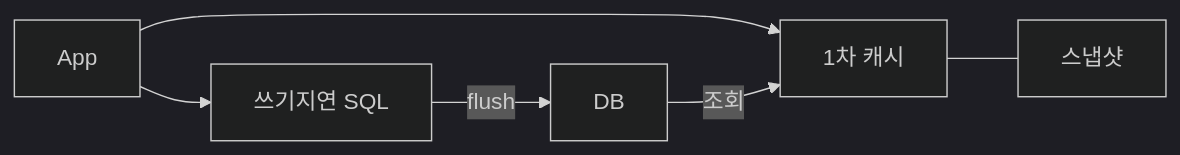
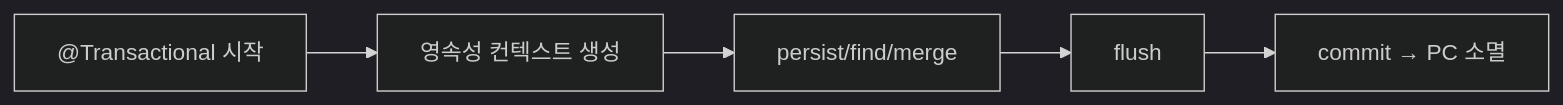
The second of 7 diagrams in _posts/jpa/2026-05-01-jpa-fundamentals.md (yjkim2015/yjkim2015.github.io), drawn with Mermaid (dark theme) before and after one commit. The commit also changed other lines of this file and 4 other files, not shown here.

````diff
--- a/_posts/jpa/2026-05-01-jpa-fundamentals.md
+++ b/_posts/jpa/2026-05-01-jpa-fundamentals.md
@@ -84,8 +164,7 @@
 ```mermaid
 graph LR
-    APP["App"] --> PC1["1차 캐시"]
-    APP --> PC2["쓰기지연 SQL"]
-    PC1 --- SNAP["스냅샷"]
-    PC2 -->|flush| DB["DB"]
-    DB -->|조회| PC1
+    TX["@Transactional 시작"] --> PC["영속성 컨텍스트 생성"]
+    PC --> OP["persist/find/merge"]
+    OP --> FL["flush"]
+    FL --> CM["commit → PC 소멸"]
 ```
````
